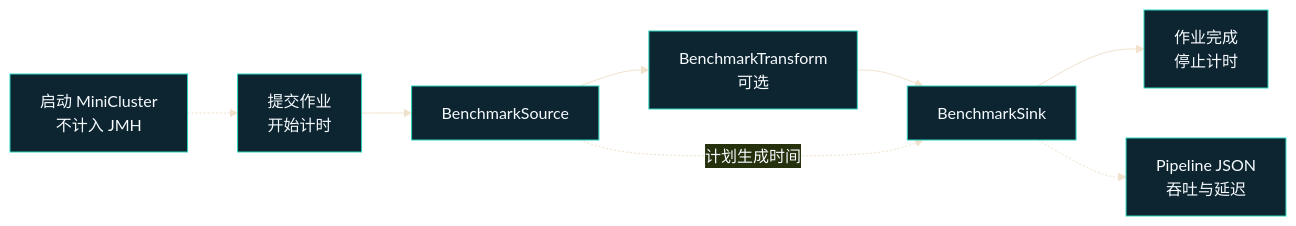
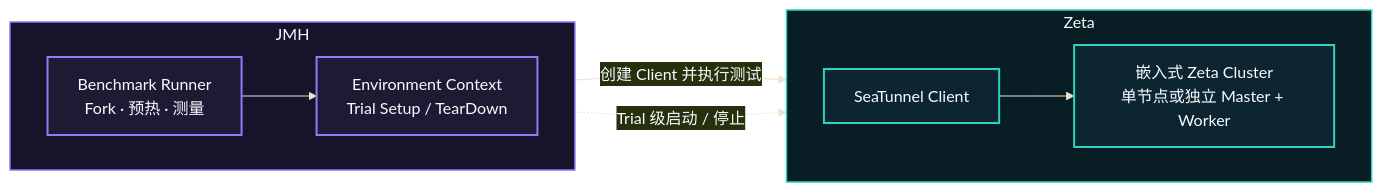
One commit to apache/seatunnel changed the diagram in docs/zh/engines/zeta/benchmark.md. Above: the diagram before and after it, drawn with Mermaid. The commit also changed other lines of this file and 1 other file, not shown here.

Commit message:
[Docs] Add JMH and Zeta benchmark architecture (#12062)

````diff
--- a/docs/zh/engines/zeta/benchmark.md
+++ b/docs/zh/engines/zeta/benchmark.md
@@ -34,11 +35,27 @@
 ```mermaid
 %%{init: {"theme": "base", "themeVariables": {"background": "#0f1d33", "primaryColor": "#0c2530", "primaryBorderColor": "#2dd4bf", "primaryTextColor": "#f8fbff", "actorBkg": "#0c2530", "actorBorder": "#2dd4bf", "actorTextColor": "#f8fbff", "activationBkgColor": "#1f1a34", "activationBorderColor": "#8d7cf6", "noteBkgColor": "#1f1a34", "noteBorderColor": "#8d7cf6", "noteTextColor": "#f8fbff", "signalColor": "#5db8e2", "signalTextColor": "#f8fbff", "labelBoxBkgColor": "#0f1d33", "labelBoxBorderColor": "#5db8e2", "labelTextColor": "#f8fbff", "loopTextColor": "#f8fbff"}}}%%
 flowchart LR
-    Setup["启动 MiniCluster<br/>不计入 JMH"] -.-> Submit["提交作业<br/>开始计时"]
-    Submit --> Source["BenchmarkSource"]
-    Source --> Transform["BenchmarkTransform<br/>可选"]
-    Transform --> Sink["BenchmarkSink"]
-    Sink --> Finish["作业完成<br/>停止计时"]
-    Source -. "计划生成时间" .-> Sink
-    Sink -.-> Result["Pipeline JSON<br/>吞吐与延迟"]
+    subgraph JMH["JMH"]
+        direction LR
+        Runner["Benchmark Runner<br/>Fork · 预热 · 测量"]
+        Context["Environment Context<br/>Trial Setup / TearDown"]
+        Runner --> Context
+    end
+
+    subgraph Zeta["Zeta"]
+        direction LR
+        Client["SeaTunnel Client"]
+        Cluster["嵌入式 Zeta Cluster<br/>单节点或独立 Master + Worker"]
+        Client --> Cluster
+    end
+
+    Context -->|"创建 Client 并执行测试"| Client
+    Context -. "Trial 级启动 / 停止" .-> Cluster
+
+    classDef runner fill:#1f1a34,stroke:#8d7cf6,stroke-width:2px,color:#f8fbff
+    classDef runtime fill:#0c2530,stroke:#2dd4bf,stroke-width:2px,color:#f8fbff
+    class Runner,Context runner
+    class Client,Cluster runtime
+    style JMH fill:#15142a,stroke:#8d7cf6,stroke-width:1.5px,color:#f8fbff
+    style Zeta fill:#081d24,stroke:#2dd4bf,stroke-width:1.5px,color:#f8fbff
 ```
````
